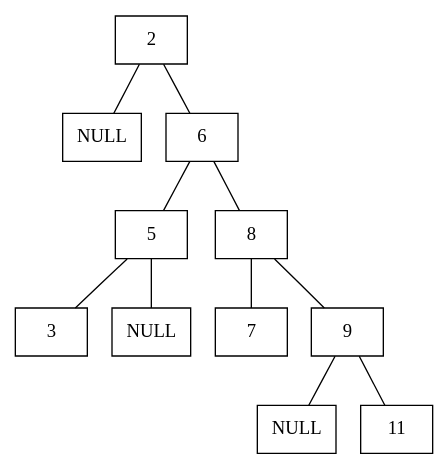
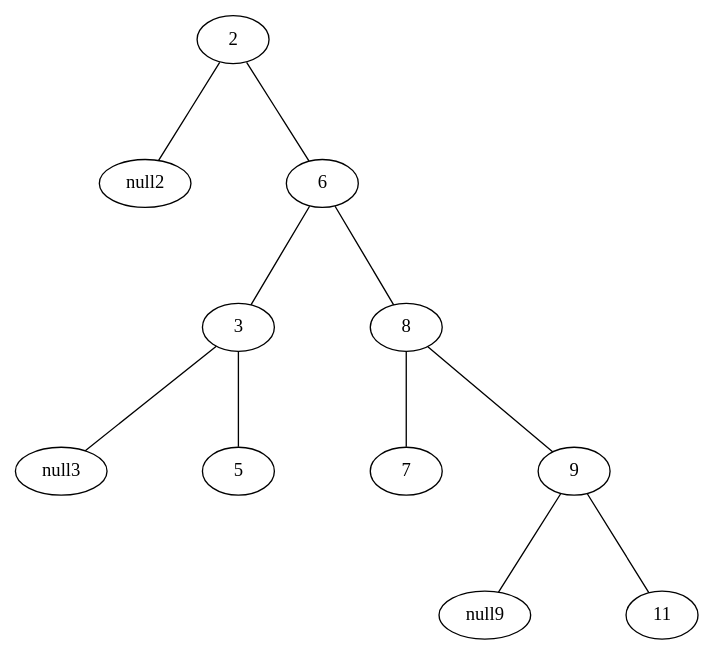
One commit to x6x4/lablab changed the diagram in 4a/tree_dump.dot. Above: the diagram before and after it, drawn with Graphviz. The commit also changed 9 other files, not shown here.

Commit message:
no more graphviz

```diff
--- a/4a/tree_dump.dot
+++ b/4a/tree_dump.dot
@@ -1,24 +1,17 @@
 strict graph {
-node [shape=record];
-node_0x5653f489aca0 [label="2"];
-node_0x5653f489aca0_null [label="NULL"];
-node_0x5653f489aca0 -- node_0x5653f489aca0_null
-node_0x5653f489bdb0 [label="6"];
-node_0x5653f489be10 [label="5"];
-node_0x5653f489bed0 [label="3"];
-node_0x5653f489be10 -- node_0x5653f489bed0
-node_0x5653f489be10_null [label="NULL"];
-node_0x5653f489be10 -- node_0x5653f489be10_null
-node_0x5653f489bdb0 -- node_0x5653f489be10
-node_0x5653f489be70 [label="8"];
-node_0x5653f489bf90 [label="7"];
-node_0x5653f489be70 -- node_0x5653f489bf90
-node_0x5653f489bff0 [label="9"];
-node_0x5653f489bff0_null [label="NULL"];
-node_0x5653f489bff0 -- node_0x5653f489bff0_null
-node_0x5653f489ada0 [label="11"];
-node_0x5653f489bff0 -- node_0x5653f489ada0
-node_0x5653f489be70 -- node_0x5653f489bff0
-node_0x5653f489bdb0 -- node_0x5653f489be70
-node_0x5653f489aca0 -- node_0x5653f489bdb0
+nodesep=1;
+ranksep=1
+null2;
+2 -- null2
+null3;
+3 -- null3
+3 -- 5
+6 -- 3
+8 -- 7
+null9;
+9 -- null9
+9 -- 11
+8 -- 9
+6 -- 8
+2 -- 6
 }
```
